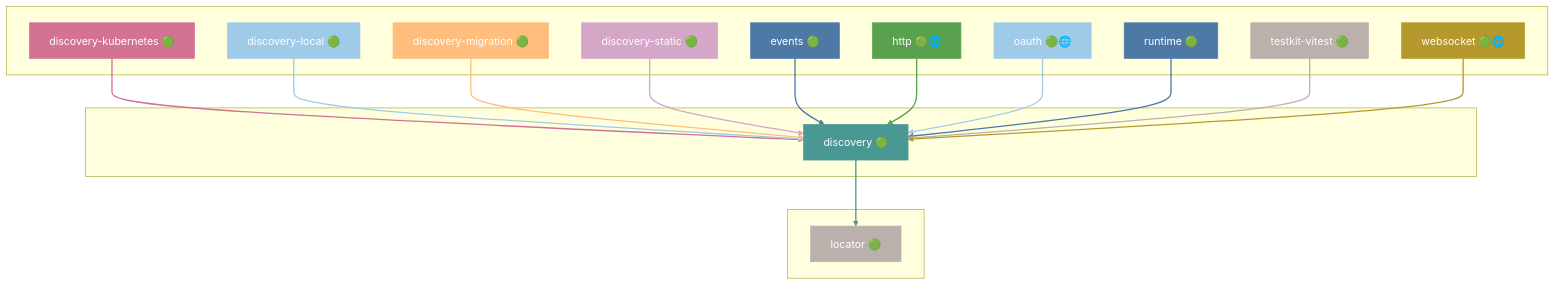
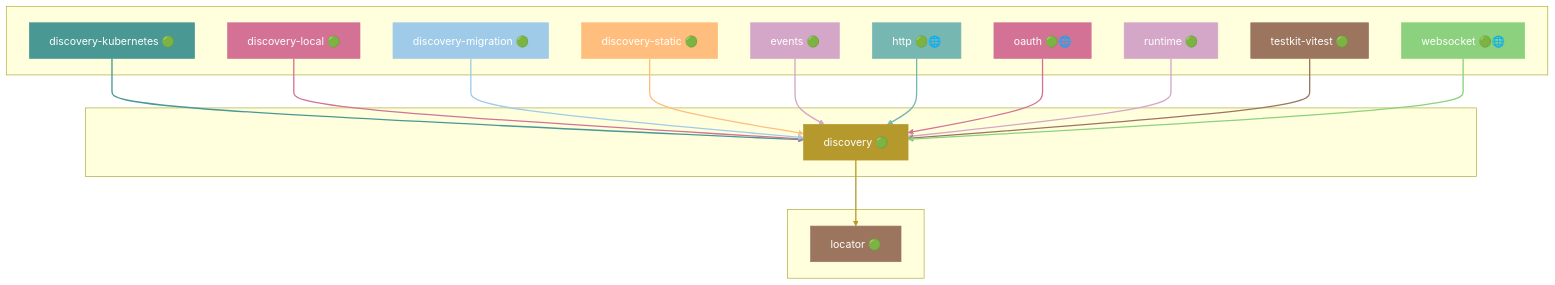
One commit to grest-ts/grest-ts changed diagram 14 of 49 in docs/DEPENDENCIES.md. Above: the diagram before and after it, drawn with Mermaid. The commit also changed other lines of this file and 8 other files, not shown here.

````diff
--- a/docs/DEPENDENCIES.md
+++ b/docs/DEPENDENCIES.md
@@ -985,55 +951,55 @@
 ```mermaid
 flowchart TB
     subgraph Dependents[" "]
         discovery-kubernetes["discovery-kubernetes 🟢"]
         discovery-local["discovery-local 🟢"]
         discovery-migration["discovery-migration 🟢"]
         discovery-static["discovery-static 🟢"]
         events["events 🟢"]
         http["http 🟢🌐"]
         oauth["oauth 🟢🌐"]
         runtime["runtime 🟢"]
         testkit-vitest["testkit-vitest 🟢"]
         websocket["websocket 🟢🌐"]
     end
     subgraph Package[" "]
         discovery["discovery 🟢"]
     end
     subgraph Dependencies[" "]
         locator["locator 🟢"]
     end
     discovery-kubernetes --> discovery
     discovery-local --> discovery
     discovery-migration --> discovery
     discovery-static --> discovery
     events --> discovery
     http --> discovery
     oauth --> discovery
     runtime --> discovery
     testkit-vitest --> discovery
     websocket --> discovery
     discovery --> locator
-    style discovery fill:#499894,stroke:#499894,color:#fff
-    style discovery-kubernetes fill:#D37295,stroke:#D37295,color:#fff
-    style discovery-local fill:#A0CBE8,stroke:#A0CBE8,color:#fff
-    style discovery-migration fill:#FFBE7D,stroke:#FFBE7D,color:#fff
-    style discovery-static fill:#D4A6C8,stroke:#D4A6C8,color:#fff
-    style events fill:#4E79A7,stroke:#4E79A7,color:#fff
-    style http fill:#59A14F,stroke:#59A14F,color:#fff
-    style oauth fill:#A0CBE8,stroke:#A0CBE8,color:#fff
-    style runtime fill:#4E79A7,stroke:#4E79A7,color:#fff
-    style testkit-vitest fill:#BAB0AC,stroke:#BAB0AC,color:#fff
-    style websocket fill:#B6992D,stroke:#B6992D,color:#fff
-    style locator fill:#BAB0AC,stroke:#BAB0AC,color:#fff
-    linkStyle 0 stroke:#D37295,stroke-width:2px
-    linkStyle 1 stroke:#A0CBE8,stroke-width:2px
-    linkStyle 2 stroke:#FFBE7D,stroke-width:2px
-    linkStyle 3 stroke:#D4A6C8,stroke-width:2px
-    linkStyle 4 stroke:#4E79A7,stroke-width:2px
-    linkStyle 5 stroke:#59A14F,stroke-width:2px
-    linkStyle 6 stroke:#A0CBE8,stroke-width:2px
-    linkStyle 7 stroke:#4E79A7,stroke-width:2px
-    linkStyle 8 stroke:#BAB0AC,stroke-width:2px
-    linkStyle 9 stroke:#B6992D,stroke-width:2px
-    linkStyle 10 stroke:#499894,stroke-width:2px
+    style discovery fill:#B6992D,stroke:#B6992D,color:#fff
+    style discovery-kubernetes fill:#499894,stroke:#499894,color:#fff
+    style discovery-local fill:#D37295,stroke:#D37295,color:#fff
+    style discovery-migration fill:#A0CBE8,stroke:#A0CBE8,color:#fff
+    style discovery-static fill:#FFBE7D,stroke:#FFBE7D,color:#fff
+    style events fill:#D4A6C8,stroke:#D4A6C8,color:#fff
+    style http fill:#76B7B2,stroke:#76B7B2,color:#fff
+    style oauth fill:#D37295,stroke:#D37295,color:#fff
+    style runtime fill:#D4A6C8,stroke:#D4A6C8,color:#fff
+    style testkit-vitest fill:#9C755F,stroke:#9C755F,color:#fff
+    style websocket fill:#8CD17D,stroke:#8CD17D,color:#fff
+    style locator fill:#9C755F,stroke:#9C755F,color:#fff
+    linkStyle 0 stroke:#499894,stroke-width:2px
+    linkStyle 1 stroke:#D37295,stroke-width:2px
+    linkStyle 2 stroke:#A0CBE8,stroke-width:2px
+    linkStyle 3 stroke:#FFBE7D,stroke-width:2px
+    linkStyle 4 stroke:#D4A6C8,stroke-width:2px
+    linkStyle 5 stroke:#76B7B2,stroke-width:2px
+    linkStyle 6 stroke:#D37295,stroke-width:2px
+    linkStyle 7 stroke:#D4A6C8,stroke-width:2px
+    linkStyle 8 stroke:#9C755F,stroke-width:2px
+    linkStyle 9 stroke:#8CD17D,stroke-width:2px
+    linkStyle 10 stroke:#B6992D,stroke-width:2px
 ```
````
